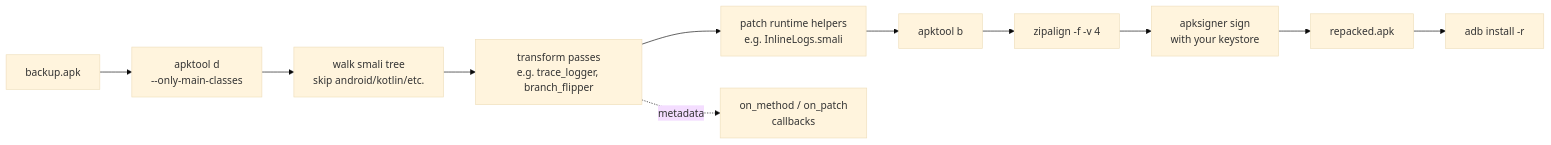
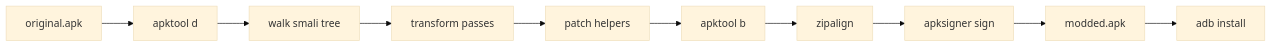
Before and after one commit to GeniusPudding/ApkSmith: the diagram in README.md, drawn with Mermaid (base theme). The commit also changed other lines of this file, not shown here.

````diff
--- a/README.md
+++ b/README.md
@@ -25,13 +36,12 @@
 ```mermaid
 flowchart LR
-    A[backup.apk] --> B[apktool d<br/>--only-main-classes]
-    B --> C[walk smali tree<br/>skip android/kotlin/etc.]
-    C --> D[transform passes<br/>e.g. trace_logger, branch_flipper]
-    D --> E[patch runtime helpers<br/>e.g. InlineLogs.smali]
+    A[original.apk] --> B[apktool d]
+    B --> C[walk smali tree]
+    C --> D[transform passes]
+    D --> E[patch helpers]
     E --> F[apktool b]
-    F --> G[zipalign -f -v 4]
-    G --> H[apksigner sign<br/>with your keystore]
-    H --> I[repacked.apk]
-    I --> J[adb install -r]
-    D -. metadata .-> M[on_method / on_patch<br/>callbacks]
+    F --> G[zipalign]
+    G --> H[apksigner sign]
+    H --> I[modded.apk]
+    I --> J[adb install]
 ```
````
